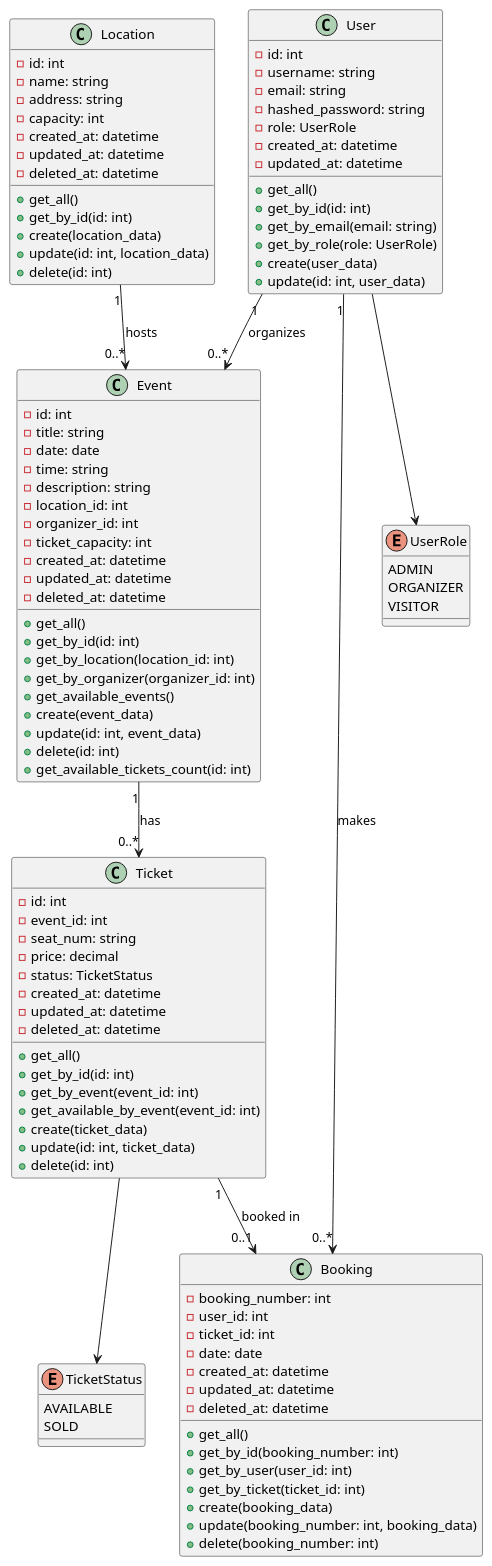
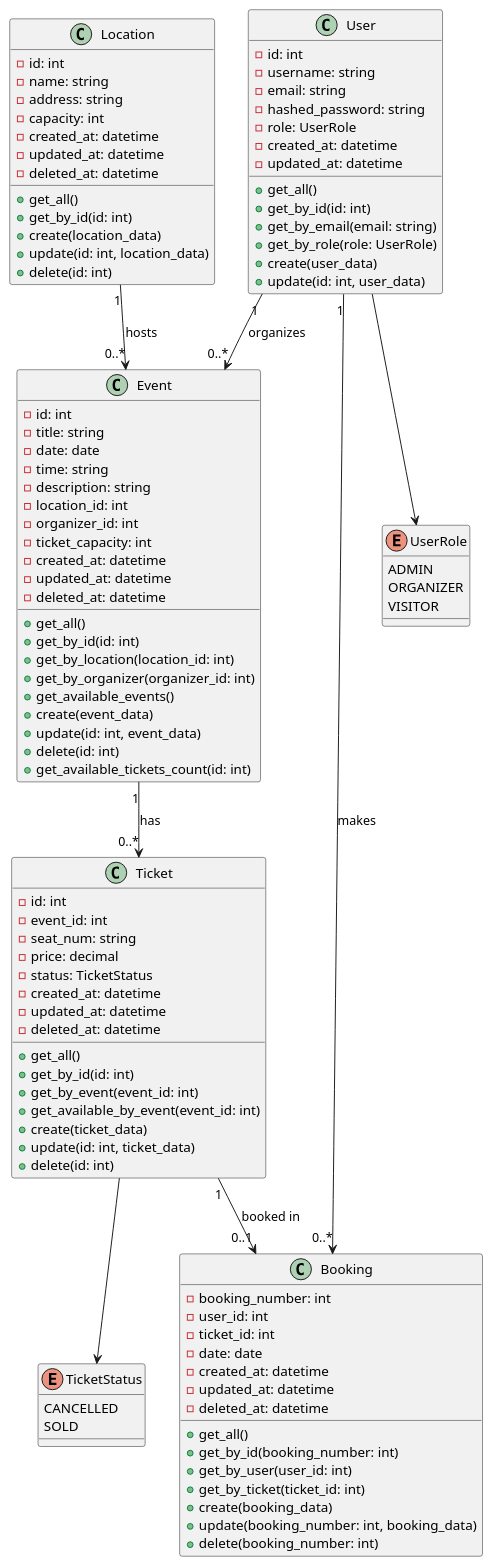
The second of 2 diagrams in backend/app/uml.md (JulianBierbaum/docker-fullstack-filtered), drawn with PlantUML before and after one commit. The commit also changed 1 other file, not shown here.

Commit message:
changed enums

```diff
--- a/backend/app/uml.md
+++ b/backend/app/uml.md
@@ -83,7 +83,7 @@
 }
 
 enum TicketStatus {
-  AVAILABLE
+  CANCELLED
   SOLD
 }
 
```
